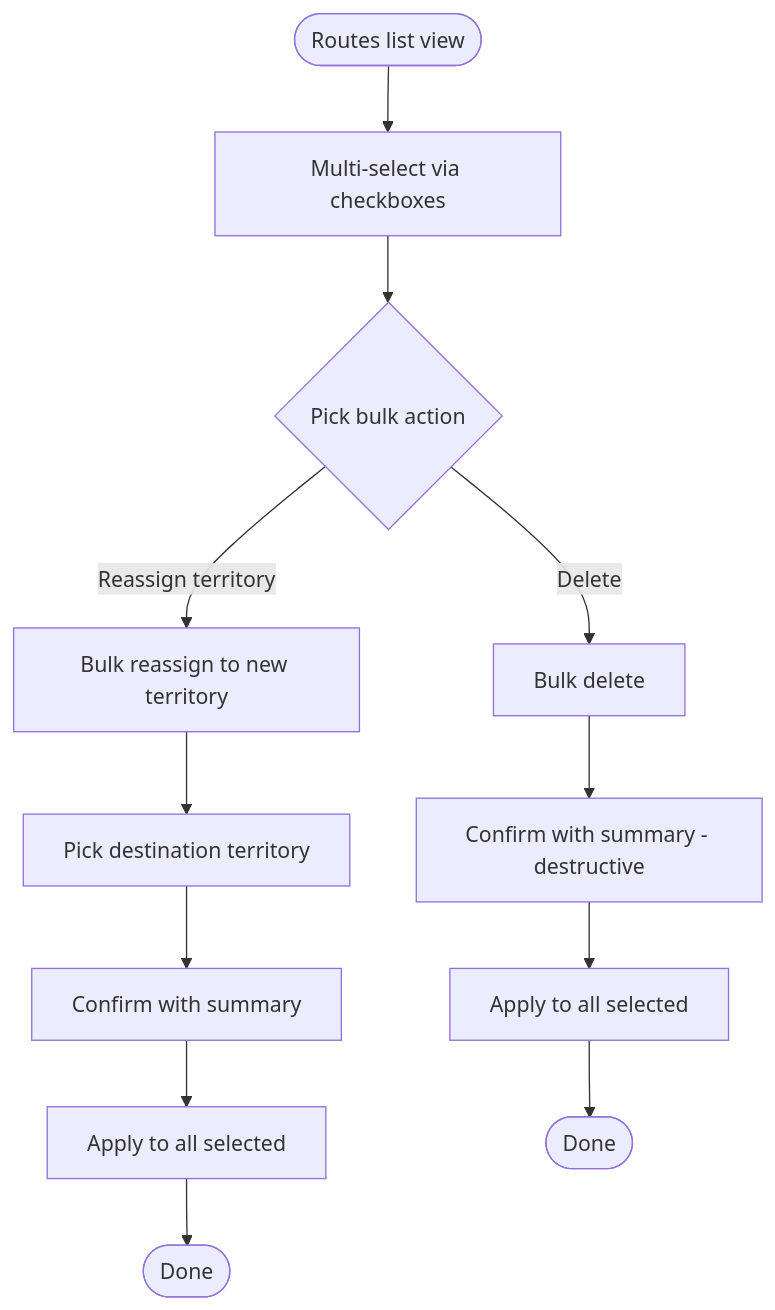
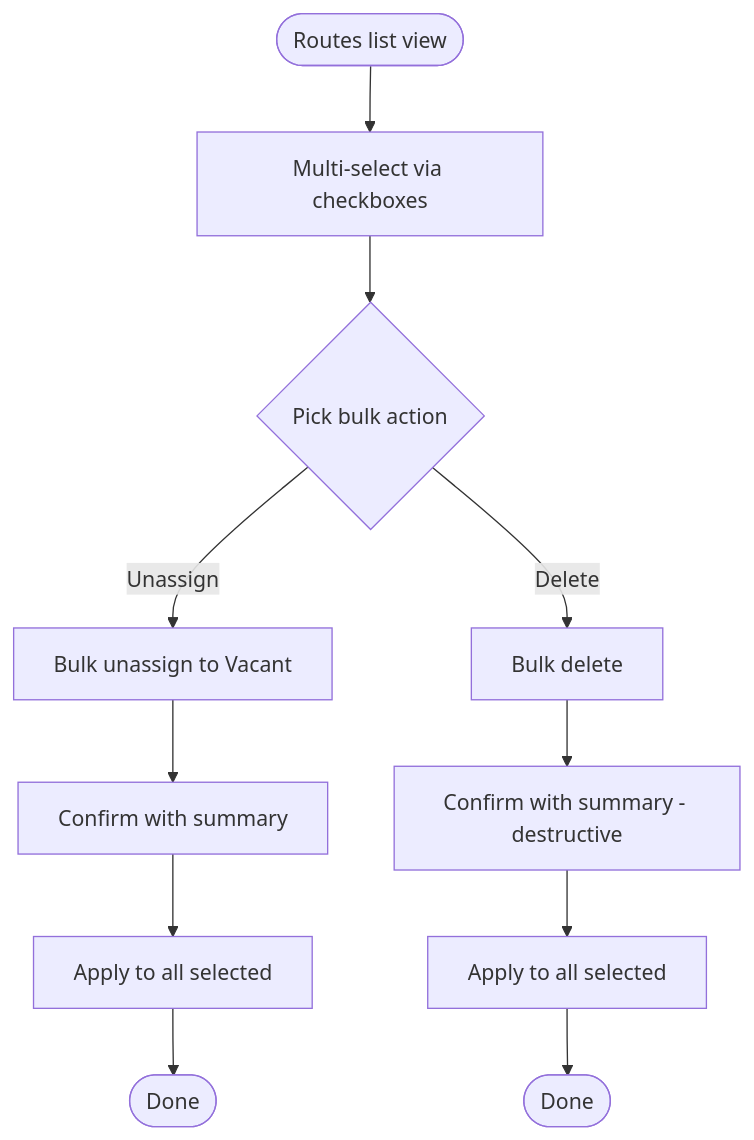
Before and after one commit to uwblueprint/beach-metro: the tenth of 10 diagrams in docs/route_management_flow_v2.md, drawn with Mermaid. The commit also changed other lines of this file, not shown here.

First line of the commit message:
Make route management consistent with the territory and retirement changes (BM-12)

````diff
--- a/docs/route_management_flow_v2.md
+++ b/docs/route_management_flow_v2.md
@@ -273,14 +273,13 @@
 ```mermaid
 flowchart TD
     Start([Routes list view]) --> Multi[Multi-select via checkboxes]
     Multi --> Action{Pick bulk action}
-    Action -->|Reassign territory| Reassign[Bulk reassign to new territory]
+    Action -->|Unassign| Unassign[Bulk unassign to Vacant]
     Action -->|Delete| Delete[Bulk delete]
-    Reassign --> PickT[Pick destination territory]
-    PickT --> Confirm1[Confirm with summary]
+    Unassign --> Confirm1[Confirm with summary]
     Confirm1 --> Apply1[Apply to all selected]
     Delete --> Confirm2[Confirm with summary - destructive]
     Confirm2 --> Apply2[Apply to all selected]
     Apply1 --> Done1([Done])
     Apply2 --> Done2([Done])
 ```
````
